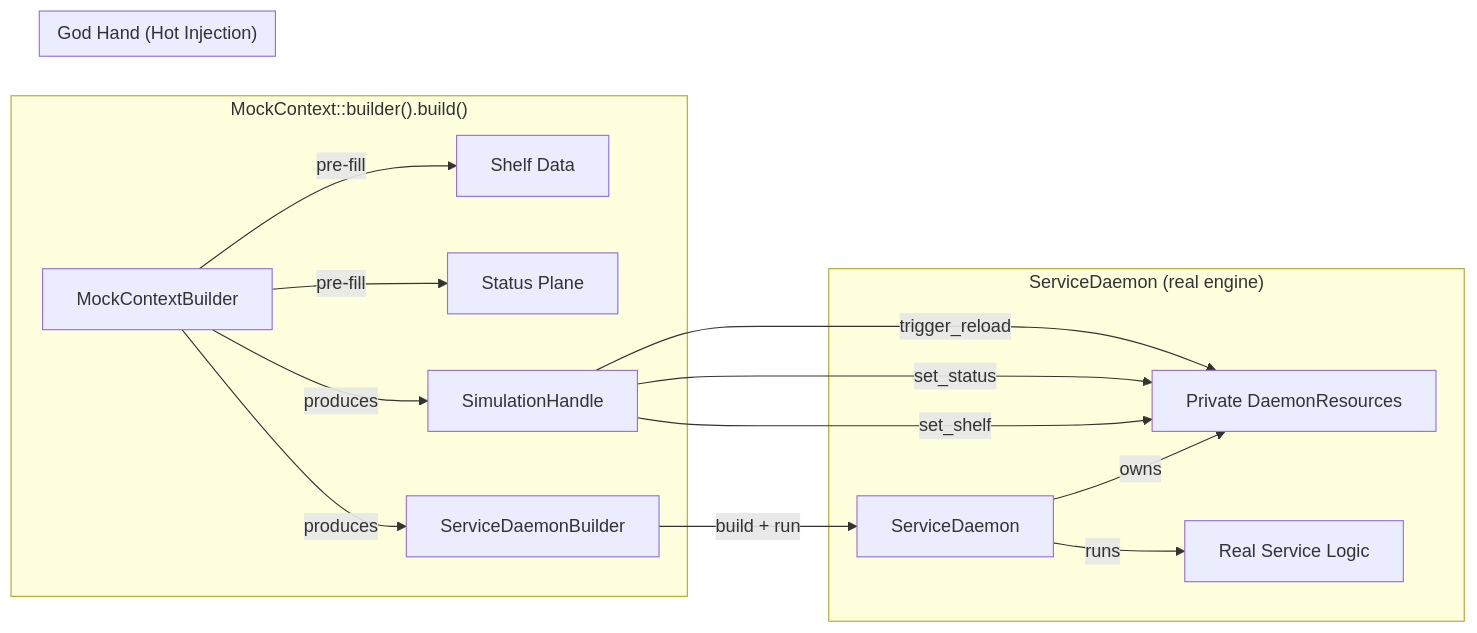
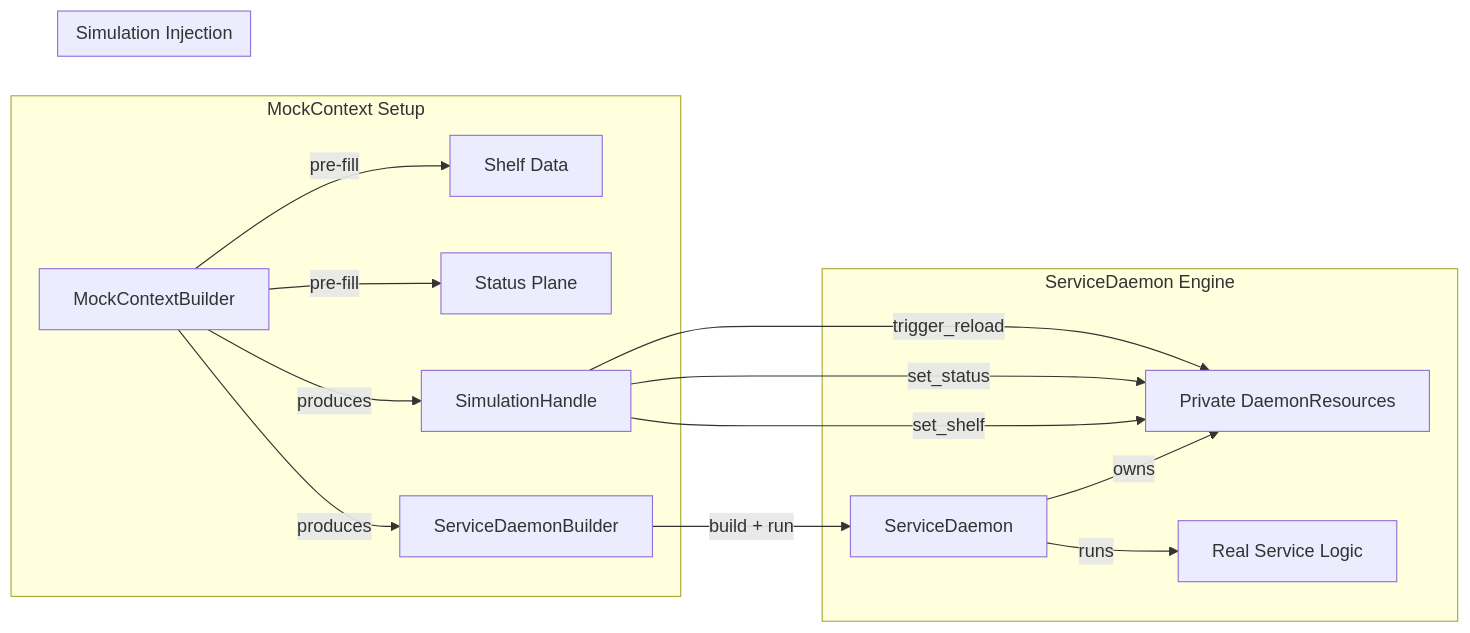
Before and after one commit to loft-games/service-daemon-rs: the second of 2 diagrams in docs/architecture/internal-overview.md, drawn with Mermaid. The commit also changed other lines of this file and 111 other files, not shown here.

````diff
--- a/docs/architecture/internal-overview.md
+++ b/docs/architecture/internal-overview.md
@@ -84,21 +93,21 @@
 ```mermaid
 graph LR
-    subgraph MockContext_Setup ["MockContext::builder().build()"]
+    subgraph MockContext_Setup ["MockContext Setup"]
         MC["MockContextBuilder"] -->|pre-fill| Shelf["Shelf Data"]
         MC -->|pre-fill| Status["Status Plane"]
         MC -->|produces| Builder["ServiceDaemonBuilder"]
         MC -->|produces| Handle["SimulationHandle"]
     end
 
-    subgraph Daemon_Execution ["ServiceDaemon (real engine)"]
+    subgraph Daemon_Execution ["ServiceDaemon Engine"]
         Builder -->|build + run| SD["ServiceDaemon"]
         SD -->|owns| Resources["Private DaemonResources"]
         SD -->|runs| RealSvc["Real Service Logic"]
     end
 
-    subgraph God_Hand ["God Hand (Hot Injection)"]
+    subgraph God_Hand ["Simulation Injection"]
         Handle -->|set_shelf| Resources
         Handle -->|set_status| Resources
         Handle -->|trigger_reload| Resources
     end
 ```
````
